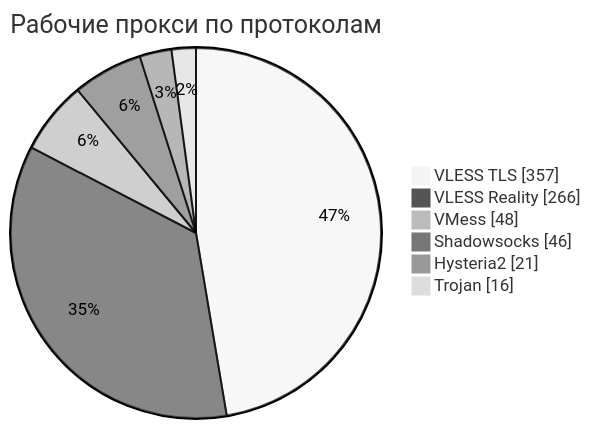
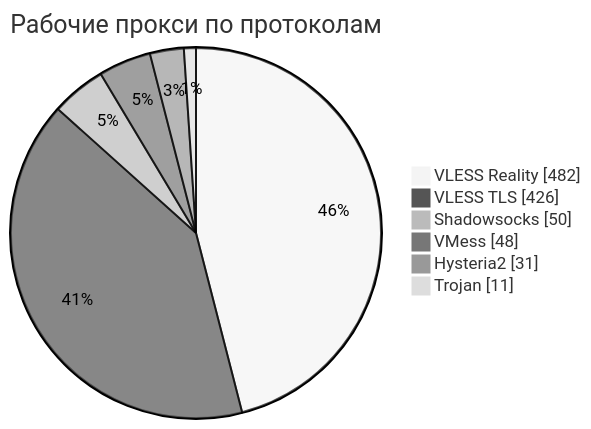
The third of 4 diagrams in README.md (rvvg/proxy-subs), drawn with Mermaid (neutral theme) before and after one commit. The commit also changed other lines of this file and 51 other files, not shown here.

````diff
--- a/README.md
+++ b/README.md
@@ -133,10 +141,10 @@
 ```mermaid
 pie showData
     title Рабочие прокси по протоколам
-    "VLESS TLS" : 357
-    "VLESS Reality" : 266
+    "VLESS Reality" : 482
+    "VLESS TLS" : 426
+    "Shadowsocks" : 50
     "VMess" : 48
-    "Shadowsocks" : 46
-    "Hysteria2" : 21
-    "Trojan" : 16
+    "Hysteria2" : 31
+    "Trojan" : 11
 ```
````
